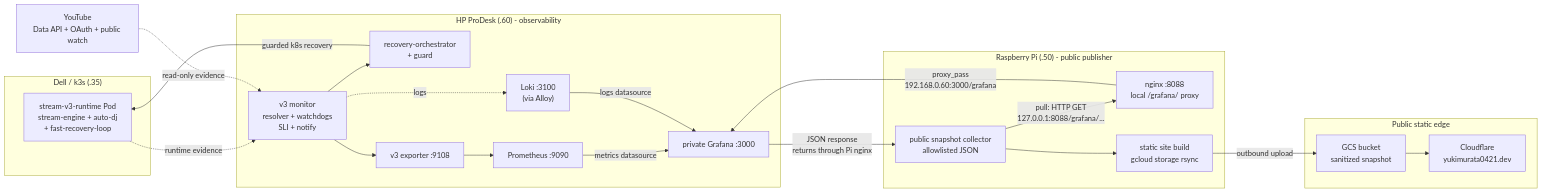
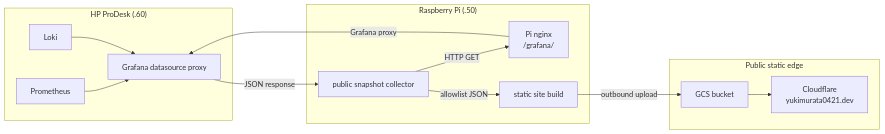
Before and after one commit to yukimurata0421/live-stream-systems-case-study: the fourth of 4 diagrams in README.md, drawn with Mermaid. The commit also changed other lines of this file and 1 other file, not shown here.

Commit message:
Split README observability diagrams

````diff
--- a/README.md
+++ b/README.md
@@ -101,42 +145,27 @@
 ```mermaid
 flowchart LR
-    subgraph DELL["Dell / k3s (.35)"]
-        RUN["stream-v3-runtime Pod<br/>stream-engine + auto-dj<br/>+ fast-recovery-loop"]
+    subgraph PD["HP ProDesk (.60)"]
+        PROM["Prometheus"]
+        LOKI["Loki"]
+        GRAF["Grafana datasource proxy"]
     end
 
-    subgraph PD["HP ProDesk (.60) - observability"]
-        MON["v3 monitor<br/>resolver + watchdogs<br/>SLI + notify"]
-        ORCH["recovery-orchestrator<br/>+ guard"]
-        EXP["v3 exporter :9108"]
-        PROM["Prometheus :9090"]
-        LOKI["Loki :3100<br/>(via Alloy)"]
-        GRAF["private Grafana :3000"]
-    end
-
-    subgraph RPI["Raspberry Pi (.50) - public publisher"]
-        NGINX["nginx :8088<br/>local /grafana/ proxy"]
-        COLL["public snapshot collector<br/>allowlisted JSON"]
-        PUB["static site build<br/>gcloud storage rsync"]
+    subgraph RPI["Raspberry Pi (.50)"]
+        NGINX["Pi nginx<br/>/grafana/"]
+        COLL["public snapshot collector"]
+        PUB["static site build"]
     end
 
     subgraph EDGE["Public static edge"]
-        GCS["GCS bucket<br/>sanitized snapshot"]
+        GCS["GCS bucket"]
         CF["Cloudflare<br/>yukimurata0421.dev"]
     end
 
-    YT["YouTube<br/>Data API + OAuth + public watch"]
-
-    RUN -. runtime evidence .-> MON
-    YT -. read-only evidence .-> MON
-    MON --> ORCH
-    ORCH -->|"guarded k8s recovery"| RUN
-    MON --> EXP --> PROM
-    MON -. logs .-> LOKI
-    PROM -->|"metrics datasource"| GRAF
-    LOKI -->|"logs datasource"| GRAF
-    COLL -->|"pull: HTTP GET<br/>127.0.0.1:8088/grafana/..."| NGINX
-    NGINX -->|"proxy_pass<br/>192.168.0.60:3000/grafana"| GRAF
-    GRAF -->|"JSON response<br/>returns through Pi nginx"| COLL
-    COLL --> PUB
+    PROM --> GRAF
+    LOKI --> GRAF
+    COLL -->|"HTTP GET"| NGINX
+    NGINX -->|"Grafana proxy"| GRAF
+    GRAF -->|"JSON response"| COLL
+    COLL -->|"allowlist JSON"| PUB
     PUB -->|"outbound upload"| GCS --> CF
 ```
````
